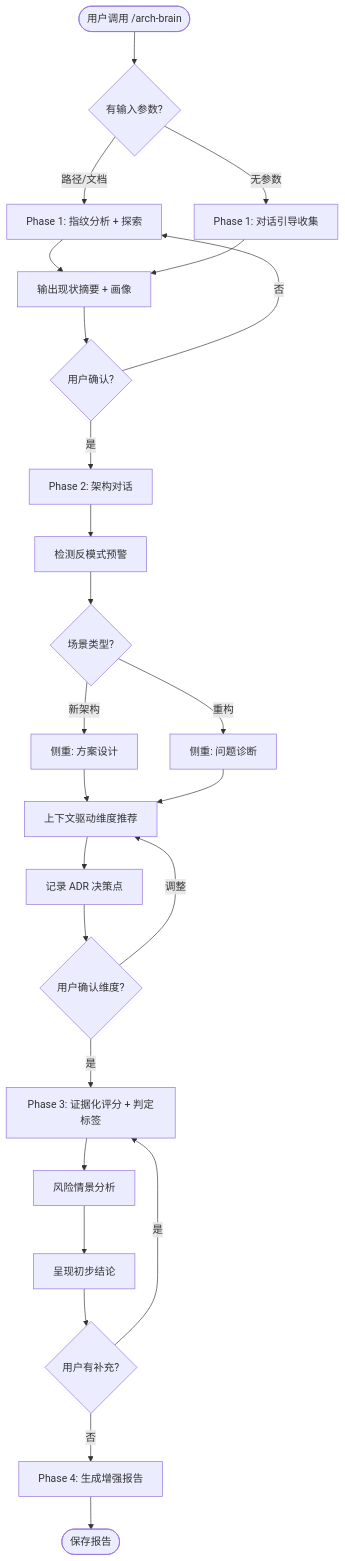
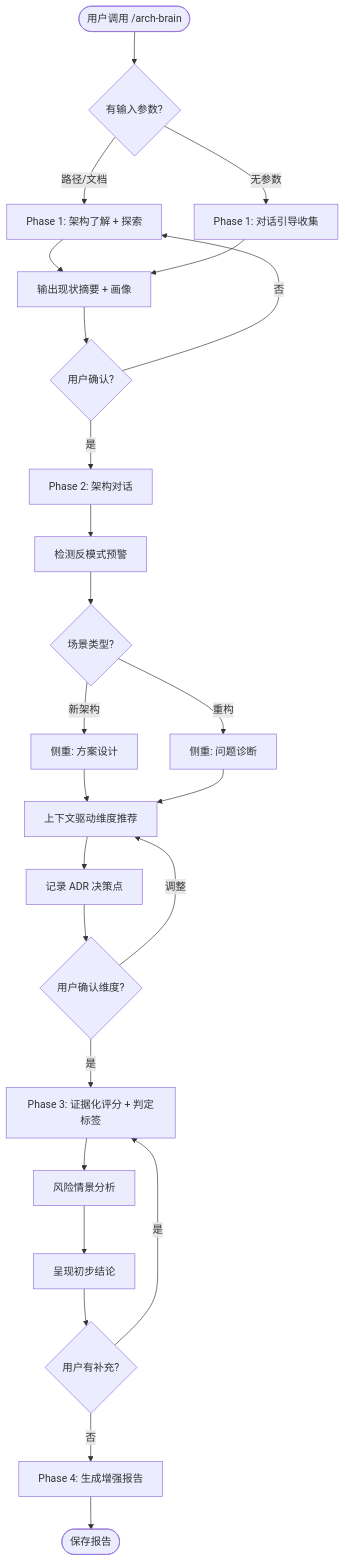
Before and after one commit to newlakeshen/arch-brain: the diagram in docs/superpowers/specs/2026-03-17-arch-brain-v2-design.md, drawn with Mermaid. The commit also changed other lines of this file and 4 other files, not shown here.

First line of the commit message:
refactor: rename project fingerprint to project architecture discovery

````diff
--- a/docs/superpowers/specs/2026-03-17-arch-brain-v2-design.md
+++ b/docs/superpowers/specs/2026-03-17-arch-brain-v2-design.md
@@ -344,27 +344,27 @@
 ```mermaid
 flowchart TD
     Start([用户调用 /arch-brain]) --> Parse{有输入参数?}
-    Parse -->|路径/文档| P1_Fingerprint[Phase 1: 指纹分析 + 探索]
+    Parse -->|路径/文档| P1_Discovery[Phase 1: 架构了解 + 探索]
     Parse -->|无参数| P1_Dialogue[Phase 1: 对话引导收集]
-    P1_Fingerprint --> P1_Summary[输出现状摘要 + 画像]
+    P1_Discovery --> P1_Summary[输出现状摘要 + 画像]
     P1_Dialogue --> P1_Summary
     P1_Summary --> P1_Confirm{用户确认?}
-    P1_Confirm -->|否| P1_Fingerprint
+    P1_Confirm -->|否| P1_Discovery
     P1_Confirm -->|是| P2[Phase 2: 架构对话]
     P2 --> P2_Anti[检测反模式预警]
     P2_Anti --> P2_Scenario{场景类型?}
     P2_Scenario -->|新架构| P2_Design[侧重: 方案设计]
     P2_Scenario -->|重构| P2_Refactor[侧重: 问题诊断]
     P2_Design --> P2_Dims[上下文驱动维度推荐]
     P2_Refactor --> P2_Dims
     P2_Dims --> P2_ADR[记录 ADR 决策点]
     P2_ADR --> P2_Confirm{用户确认维度?}
     P2_Confirm -->|调整| P2_Dims
     P2_Confirm -->|是| P3[Phase 3: 证据化评分 + 判定标签]
     P3 --> P3_Risk[风险情景分析]
     P3_Risk --> P3_Findings[呈现初步结论]
     P3_Findings --> P3_Confirm{用户有补充?}
     P3_Confirm -->|是| P3
     P3_Confirm -->|否| P4[Phase 4: 生成增强报告]
     P4 --> Save([保存报告])
 ```
````
